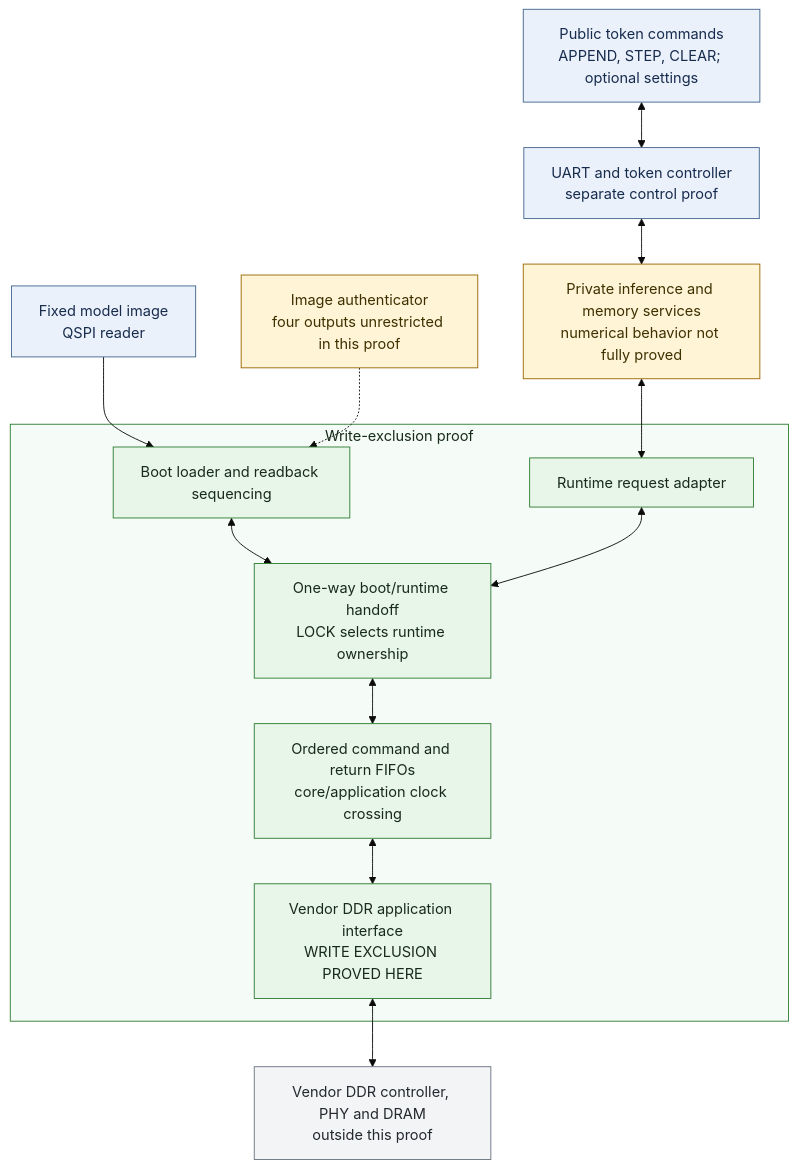
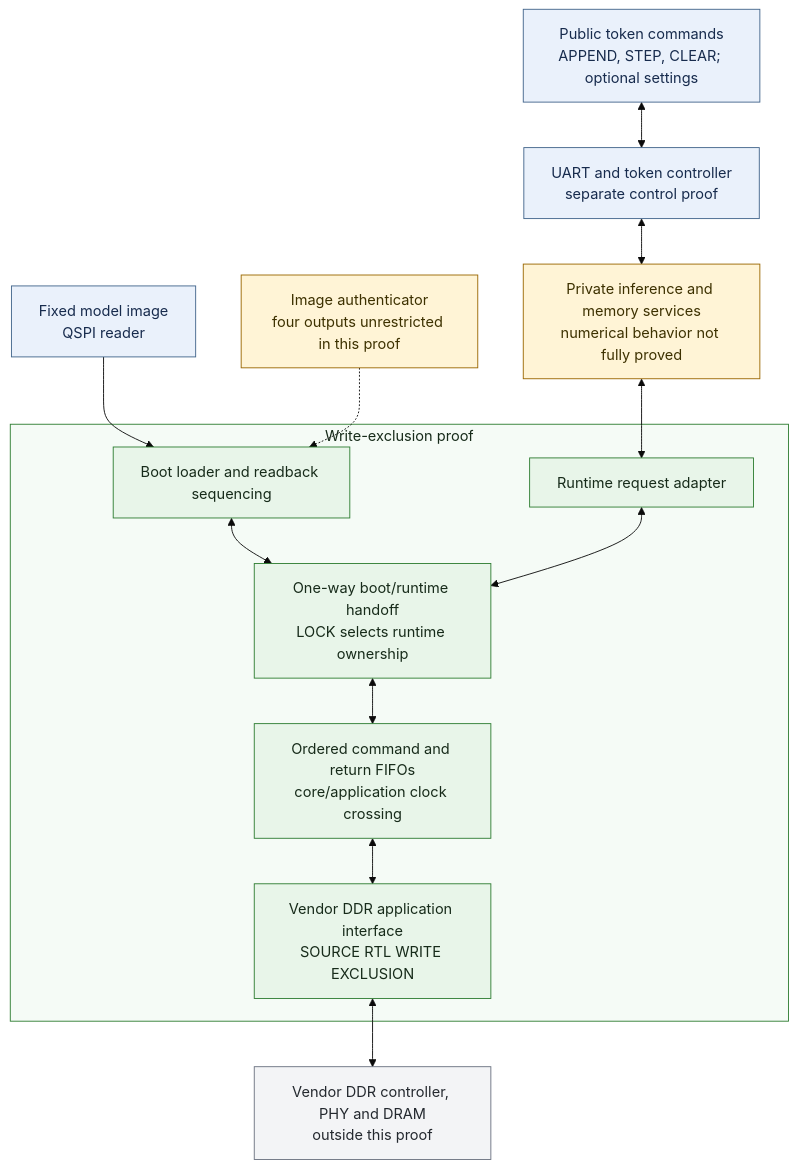
The second of 2 diagrams in demos/simplestories-v2-5m/FORMAL-STATUS.md (Berkeley-AI-Risk/inference-only), drawn with Mermaid (base theme) before and after one commit. The commit also changed other lines of this file and 5 other files, not shown here.

````diff
--- a/demos/simplestories-v2-5m/FORMAL-STATUS.md
+++ b/demos/simplestories-v2-5m/FORMAL-STATUS.md
@@ -199,38 +200,38 @@
 ```mermaid
 flowchart TB
     HOST["Public token commands<br/>APPEND, STEP, CLEAR; optional settings"]
     CTRL["UART and token controller<br/>separate control proof"]
     COMPUTE["Private inference and memory services<br/>numerical behavior not fully proved"]
     QSPI["Fixed model image<br/>QSPI reader"]
     AUTH["Image authenticator<br/>four outputs unrestricted in this proof"]
 
     subgraph WRITE_PROOF["Write-exclusion proof"]
         BOOT["Boot loader and readback sequencing"]
         RUN["Runtime request adapter"]
         OWNER["One-way boot/runtime handoff<br/>LOCK selects runtime ownership"]
         FIFO["Ordered command and return FIFOs<br/>core/application clock crossing"]
-        PORT["Vendor DDR application interface<br/>WRITE EXCLUSION PROVED HERE"]
+        PORT["Vendor DDR application interface<br/>SOURCE RTL WRITE EXCLUSION"]
         BOOT <--> OWNER
         RUN <--> OWNER
         OWNER <--> FIFO
         FIFO <--> PORT
     end
 
     DDR["Vendor DDR controller, PHY and DRAM<br/>outside this proof"]
     HOST <--> CTRL
     CTRL <--> COMPUTE
     COMPUTE <--> RUN
     QSPI --> BOOT
     AUTH -.-> BOOT
     PORT <--> DDR
 
     classDef control fill:#eaf1fb,stroke:#42658b,color:#172b4d
     classDef checked fill:#e8f5e9,stroke:#2e7d32,color:#172b1a
     classDef abstract fill:#fff4d6,stroke:#9a6700,color:#3d3100
     classDef outside fill:#f3f4f6,stroke:#6b7280,color:#24292f
     class HOST,CTRL,QSPI control
     class BOOT,RUN,OWNER,FIFO,PORT checked
     class COMPUTE,AUTH abstract
     class DDR outside
     style WRITE_PROOF fill:#f5fbf6,stroke:#2e7d32,color:#172b1a
 ```
````
